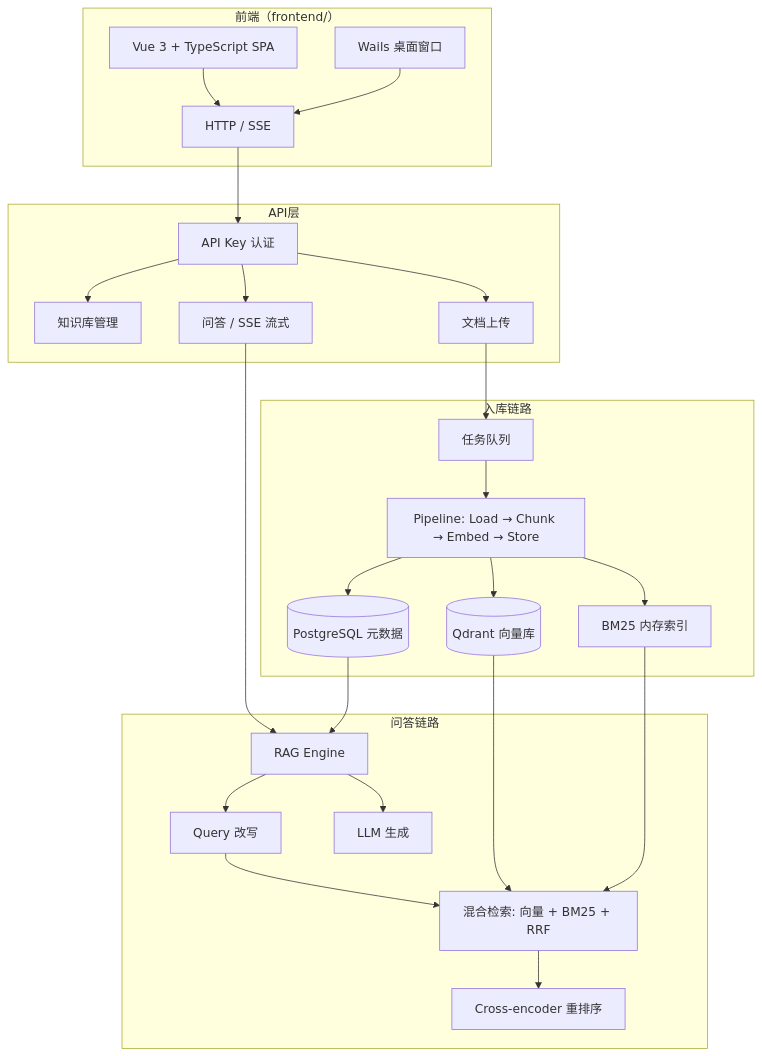
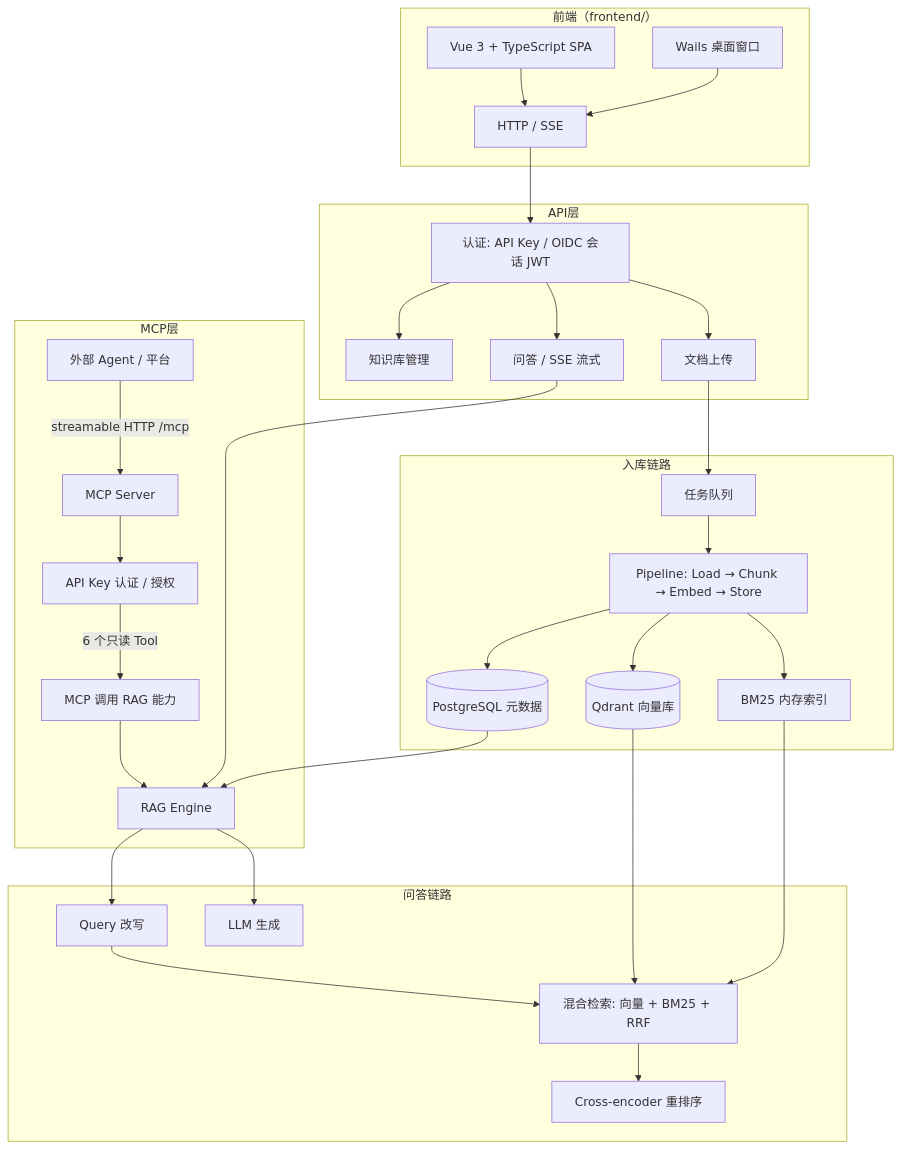
Before and after one commit to Bin-hy/documentsRag: the diagram in README.md, drawn with Mermaid. The commit also changed other lines of this file and 30 other files, not shown here.

````diff
--- a/README.md
+++ b/README.md
@@ -26,33 +28,40 @@
 ```mermaid
 graph TB
     subgraph "前端（frontend/）"
         UI[Vue 3 + TypeScript SPA] --> HTTP[HTTP / SSE]
         UI2[Wails 桌面窗口] --> HTTP
     end
 
     subgraph API层
-        HTTP --> AUTH[API Key 认证]
+        HTTP --> AUTH[认证: API Key / OIDC 会话 JWT]
         AUTH --> KB[知识库管理]
         AUTH --> DOC[文档上传]
         AUTH --> CHAT[问答 / SSE 流式]
+    end
+
+    subgraph MCP层
+        EXT[外部 Agent / 平台] -->|streamable HTTP /mcp| MCP[MCP Server]
+        MCP --> MCPAUTH[API Key 认证 / 授权]
+        MCPAUTH -->|6 个只读 Tool| RAGM[MCP 调用 RAG 能力]
+        RAGM --> R
     end
 
     subgraph 入库链路
         DOC --> Q[任务队列]
         Q --> P["Pipeline: Load → Chunk → Embed → Store"]
         P --> V[(Qdrant 向量库)]
         P --> B[BM25 内存索引]
         P --> PG[(PostgreSQL 元数据)]
     end
 
     subgraph 问答链路
         CHAT --> R[RAG Engine]
         R --> QW[Query 改写]
         QW --> RET["混合检索: 向量 + BM25 + RRF"]
         RET --> RR[Cross-encoder 重排序]
         R --> LLM[LLM 生成]
         V --> RET
         B --> RET
         PG --> R
     end
 ```
````
